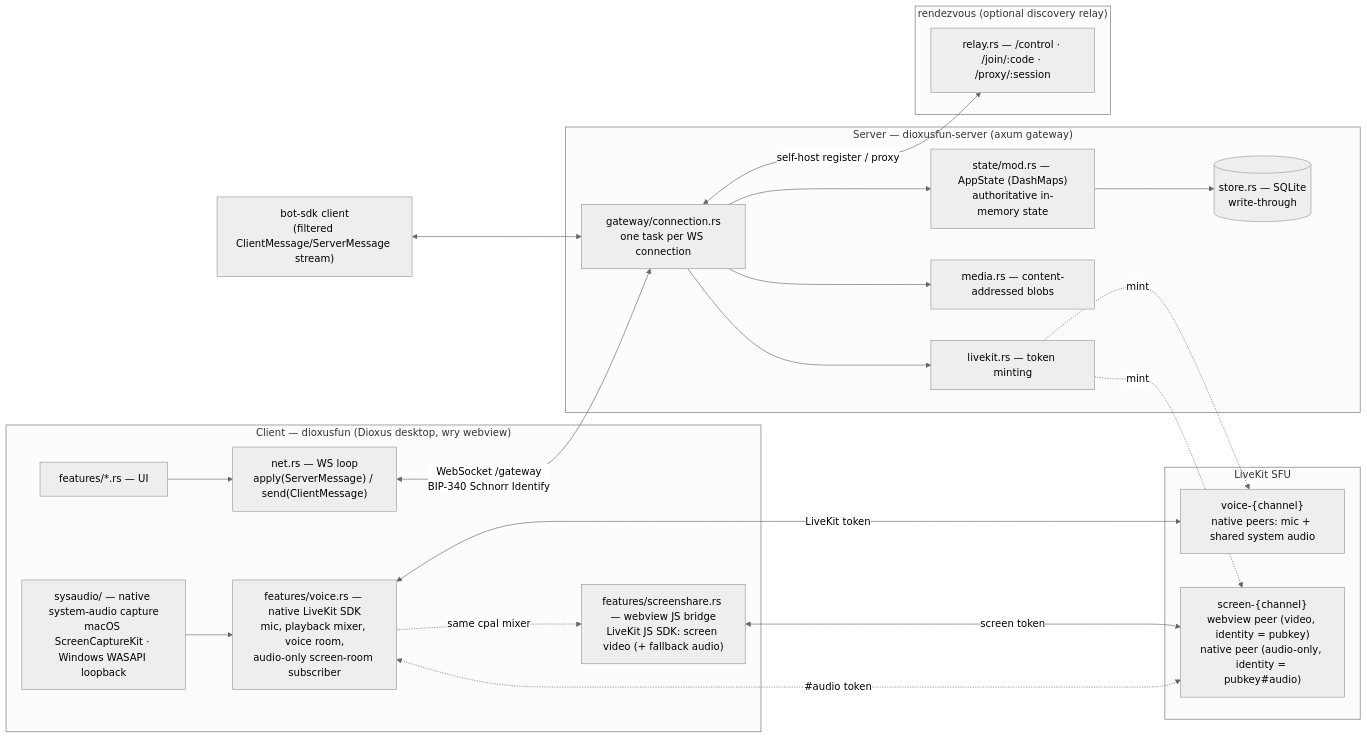
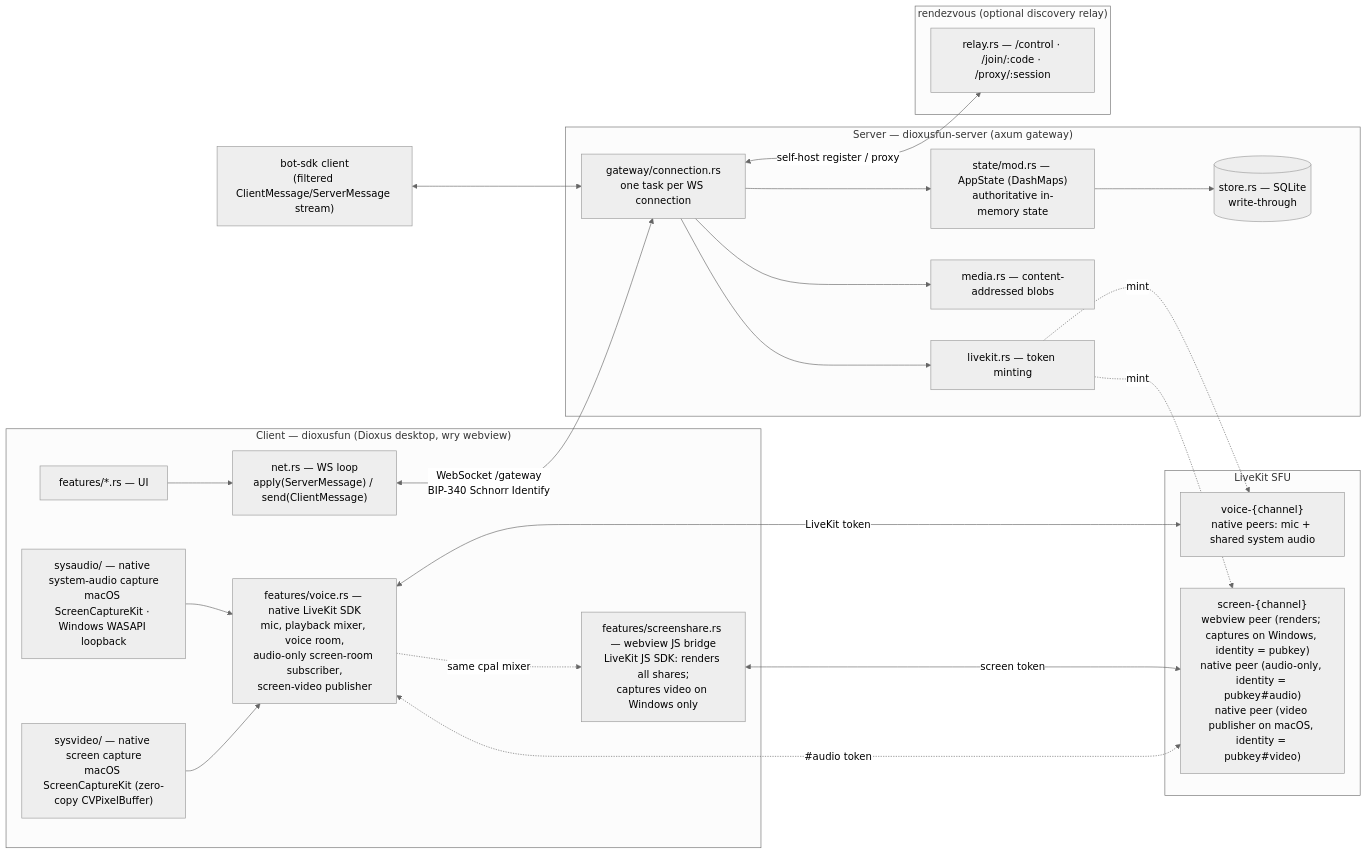
The diagram in CLAUDE.md (ssotomayor/discordia), drawn with Mermaid (neutral theme) before and after one commit. The commit also changed other lines of this file and 16 other files, not shown here.

````diff
--- a/CLAUDE.md
+++ b/CLAUDE.md
@@ -29,44 +29,46 @@
 ```mermaid
 flowchart LR
     subgraph Client["Client — dioxusfun (Dioxus desktop, wry webview)"]
         UI["features/*.rs — UI"]
         Net["net.rs — WS loop<br/>apply(ServerMessage) / send(ClientMessage)"]
-        Voice["features/voice.rs — native LiveKit SDK<br/>mic, playback mixer, voice room,<br/>audio-only screen-room subscriber"]
+        Voice["features/voice.rs — native LiveKit SDK<br/>mic, playback mixer, voice room,<br/>audio-only screen-room subscriber,<br/>screen-video publisher"]
         SysAudio["sysaudio/ — native system-audio capture<br/>macOS ScreenCaptureKit · Windows WASAPI loopback"]
-        WebJS["features/screenshare.rs — webview JS bridge<br/>LiveKit JS SDK: screen video (+ fallback audio)"]
+        SysVideo["sysvideo/ — native screen capture<br/>macOS ScreenCaptureKit (zero-copy CVPixelBuffer)"]
+        WebJS["features/screenshare.rs — webview JS bridge<br/>LiveKit JS SDK: renders all shares;<br/>captures video on Windows only"]
         UI --> Net
         SysAudio --> Voice
+        SysVideo --> Voice
         Voice -. same cpal mixer .-> WebJS
     end
 
     subgraph Server["Server — dioxusfun-server (axum gateway)"]
         Gateway["gateway/connection.rs<br/>one task per WS connection"]
         State["state/mod.rs — AppState (DashMaps)<br/>authoritative in-memory state"]
         Store[("store.rs — SQLite<br/>write-through")]
         Media["media.rs — content-addressed blobs"]
         LK["livekit.rs — token minting"]
         Gateway --> State --> Store
         Gateway --> Media
         Gateway --> LK
     end
 
     subgraph SFU["LiveKit SFU"]
         VoiceRoom["voice-{channel}<br/>native peers: mic + shared system audio"]
-        ScreenRoom["screen-{channel}<br/>webview peer (video, identity = pubkey)<br/>native peer (audio-only, identity = pubkey#audio)"]
+        ScreenRoom["screen-{channel}<br/>webview peer (renders; captures on Windows, identity = pubkey)<br/>native peer (audio-only, identity = pubkey#audio)<br/>native peer (video publisher on macOS, identity = pubkey#video)"]
     end
 
     subgraph Rendezvous["rendezvous (optional discovery relay)"]
         Relay["relay.rs — /control · /join/:code · /proxy/:session"]
     end
 
     Bot["bot-sdk client<br/>(filtered ClientMessage/ServerMessage stream)"]
 
     Net <-->|"WebSocket /gateway<br/>BIP-340 Schnorr Identify"| Gateway
     Bot <--> Gateway
     Voice <-->|LiveKit token| VoiceRoom
     WebJS <-->|screen token| ScreenRoom
     Voice <-.->|"#audio token"| ScreenRoom
     LK -.mint.-> VoiceRoom
     LK -.mint.-> ScreenRoom
     Gateway <-->|self-host register / proxy| Relay
 ```
````
